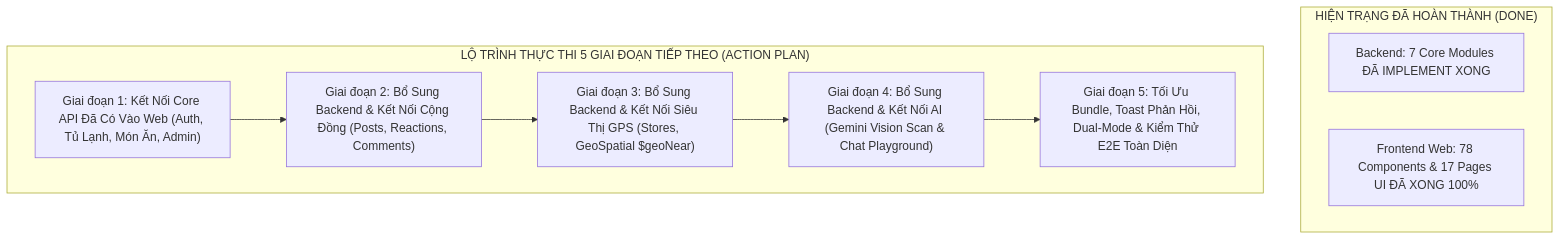
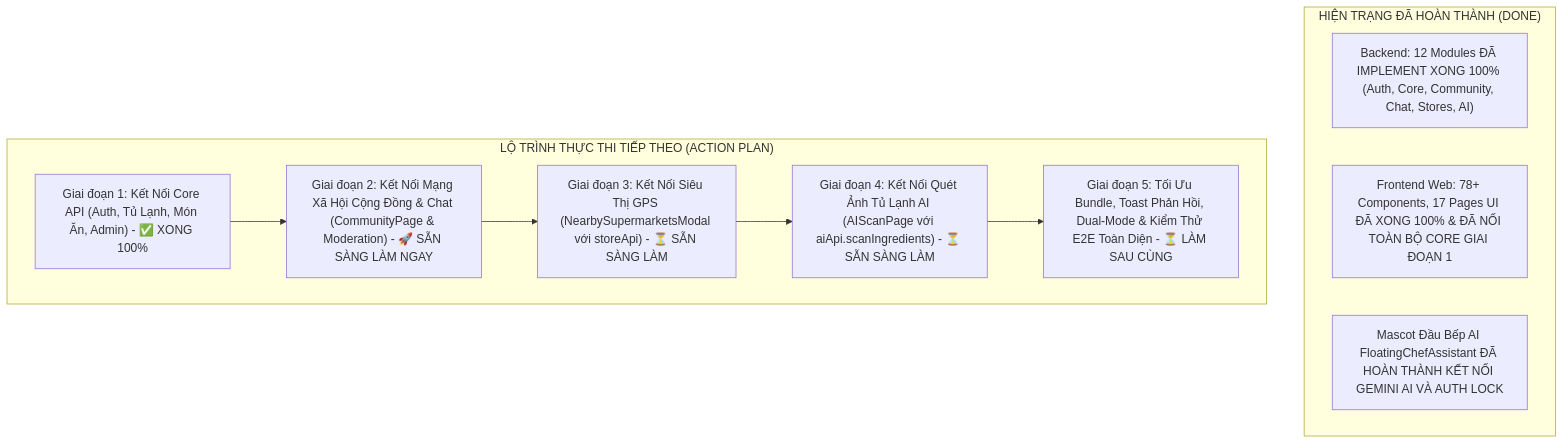
One commit to DevTurtle-Hub/smartcook-web changed the fourth of 4 diagrams in IMPLEMENTATION_PLAN.md. Above: the diagram before and after it, drawn with Mermaid. The commit also changed other lines of this file, not shown here.

Commit message:
docs: clarify phase progress, missing items, and readiness status in implementation plan

````diff
--- a/IMPLEMENTATION_PLAN.md
+++ b/IMPLEMENTATION_PLAN.md
@@ -620,16 +620,17 @@
 ```mermaid
 graph TD
     subgraph DONE["HIỆN TRẠNG ĐÃ HOÀN THÀNH (DONE)"]
-        D1["Backend: 7 Core Modules ĐÃ IMPLEMENT XONG"]
-        D2["Frontend Web: 78 Components & 17 Pages UI ĐÃ XONG 100%"]
+        D1["Backend: 12 Modules ĐÃ IMPLEMENT XONG 100% (Auth, Core, Community, Chat, Stores, AI)"]
+        D2["Frontend Web: 78+ Components, 17 Pages UI ĐÃ XONG 100% & ĐÃ NỐI TOÀN BỘ CORE GIAI ĐOẠN 1"]
+        D3["Mascot Đầu Bếp AI FloatingChefAssistant ĐÃ HOÀN THÀNH KẾT NỐI GEMINI AI VÀ AUTH LOCK"]
     end
 
-    subgraph ROADMAP["LỘ TRÌNH THỰC THI 5 GIAI ĐOẠN TIẾP THEO (ACTION PLAN)"]
-        G1["Giai đoạn 1: Kết Nối Core API Đã Có Vào Web (Auth, Tủ Lạnh, Món Ăn, Admin)"]
-        G2["Giai đoạn 2: Bổ Sung Backend & Kết Nối Cộng Đồng (Posts, Reactions, Comments)"]
-        G3["Giai đoạn 3: Bổ Sung Backend & Kết Nối Siêu Thị GPS (Stores, GeoSpatial $geoNear)"]
-        G4["Giai đoạn 4: Bổ Sung Backend & Kết Nối AI (Gemini Vision Scan & Chat Playground)"]
-        G5["Giai đoạn 5: Tối Ưu Bundle, Toast Phản Hồi, Dual-Mode & Kiểm Thử E2E Toàn Diện"]
+    subgraph ROADMAP["LỘ TRÌNH THỰC THI TIẾP THEO (ACTION PLAN)"]
+        G1["Giai đoạn 1: Kết Nối Core API (Auth, Tủ Lạnh, Món Ăn, Admin) - ✅ XONG 100%"]
+        G2["Giai đoạn 2: Kết Nối Mạng Xã Hội Cộng Đồng & Chat (CommunityPage & Moderation) - 🚀 SẴN SÀNG LÀM NGAY"]
+        G3["Giai đoạn 3: Kết Nối Siêu Thị GPS (NearbySupermarketsModal với storeApi) - ⏳ SẴN SÀNG LÀM"]
+        G4["Giai đoạn 4: Kết Nối Quét Ảnh Tủ Lạnh AI (AIScanPage với aiApi.scanIngredients) - ⏳ SẴN SÀNG LÀM"]
+        G5["Giai đoạn 5: Tối Ưu Bundle, Toast Phản Hồi, Dual-Mode & Kiểm Thử E2E Toàn Diện - ⏳ LÀM SAU CÙNG"]
         G1 --> G2 --> G3 --> G4 --> G5
     end
 ```
````
